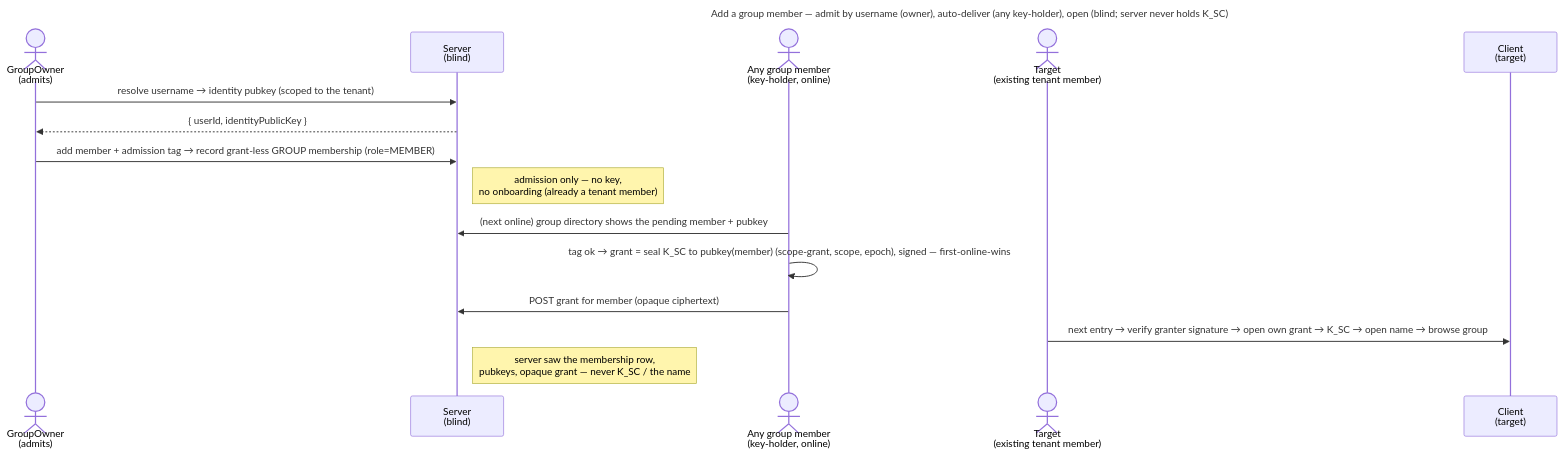
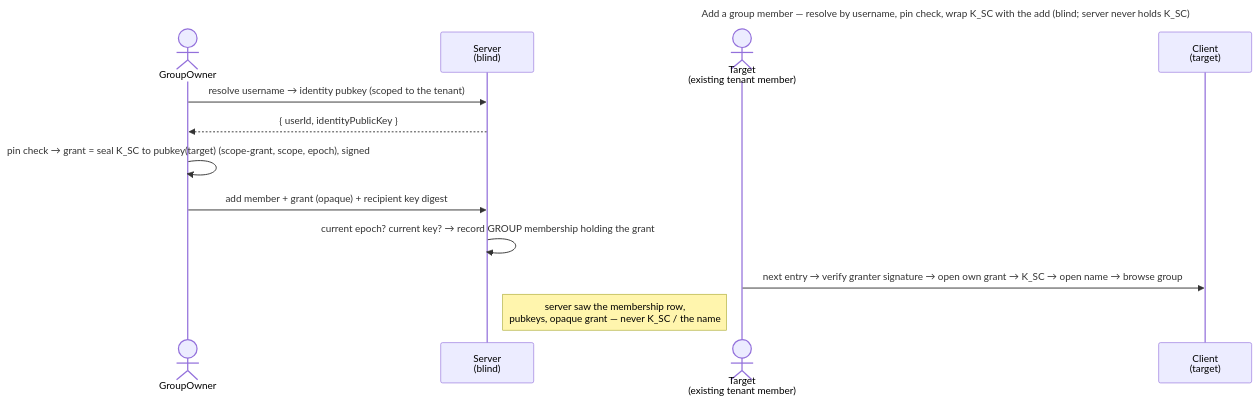
The diagram in docs/features/spaces/use-cases/uc.spaces.add-group-member.md (raddatzk/veyq), drawn with Mermaid before and after one commit. The commit also changed other lines of this file and 70 other files, not shown here.

First line of the commit message:
docs: an invite is a placeholder member - ADR 0111 decisions 1-5 built, the admission tag and awaiting access gone

````diff
--- a/docs/features/spaces/use-cases/uc.spaces.add-group-member.md
+++ b/docs/features/spaces/use-cases/uc.spaces.add-group-member.md
@@ -56,20 +47,17 @@
 ```mermaid
 ---
-title: Add a group member — admit by username (owner), auto-deliver (any key-holder), open (blind; server never holds K_SC)
+title: Add a group member — resolve by username, pin check, wrap K_SC with the add (blind; server never holds K_SC)
 ---
 sequenceDiagram
-  actor O as GroupOwner<br>(admits)
+  actor O as GroupOwner
   participant S as Server<br>(blind)
-  actor M as Any group member<br>(key-holder, online)
   actor T as Target<br>(existing tenant member)
   participant CT as Client<br>(target)
   O->>S: resolve username → identity pubkey (scoped to the tenant)
   S-->>O: { userId, identityPublicKey }
-  O->>S: add member + admission tag → record grant-less GROUP membership (role=MEMBER)
-  Note right of S: admission only — no key,<br>no onboarding (already a tenant member)
-  M->>S: (next online) group directory shows the pending member + pubkey
-  M->>M: tag ok → grant = seal K_SC to pubkey(member) (scope-grant, scope, epoch), signed — first-online-wins
-  M->>S: POST grant for member (opaque ciphertext)
+  O->>O: pin check → grant = seal K_SC to pubkey(target) (scope-grant, scope, epoch), signed
+  O->>S: add member + grant (opaque) + recipient key digest
+  S->>S: current epoch? current key? → record GROUP membership holding the grant
   T->>CT: next entry → verify granter signature → open own grant → K_SC → open name → browse group
   Note right of S: server saw the membership row,<br>pubkeys, opaque grant — never K_SC / the name
 ```
````
